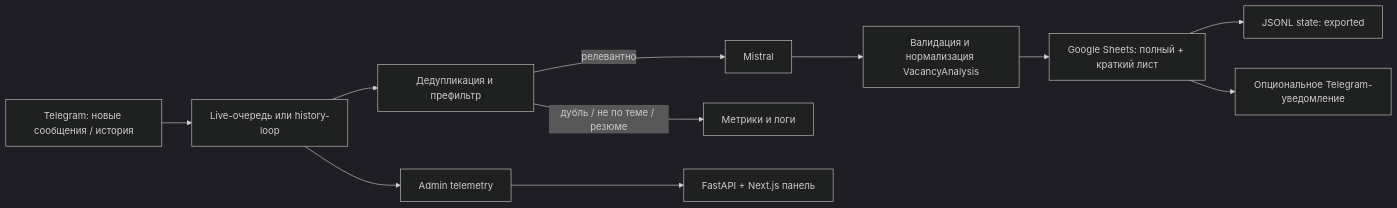
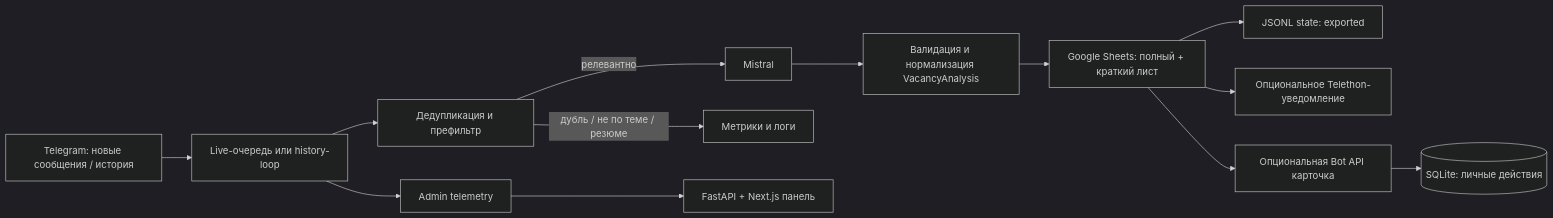
Before and after one commit to mmmakskl/dev-job-radar: the diagram in docs/current-product-state.md, drawn with Mermaid (dark theme). The commit also changed other lines of this file and 21 other files, not shown here.

````diff
--- a/docs/current-product-state.md
+++ b/docs/current-product-state.md
@@ -68,13 +69,15 @@
 ```mermaid
 flowchart LR
   TG[Telegram: новые сообщения / история] --> Q[Live-очередь или history-loop]
   Q --> F[Дедупликация и префильтр]
   F -->|релевантно| LLM[Mistral]
   F -->|дубль / не по теме / резюме| M[Метрики и логи]
   LLM --> S[Валидация и нормализация VacancyAnalysis]
   S --> GS[Google Sheets: полный + краткий лист]
   GS --> D[JSONL state: exported]
-  GS --> N[Опциональное Telegram-уведомление]
+  GS --> N[Опциональное Telethon-уведомление]
+  GS --> B[Опциональная Bot API карточка]
+  B --> DB[(SQLite: личные действия)]
   Q --> A[Admin telemetry]
   A --> UI[FastAPI + Next.js панель]
 ```
````
